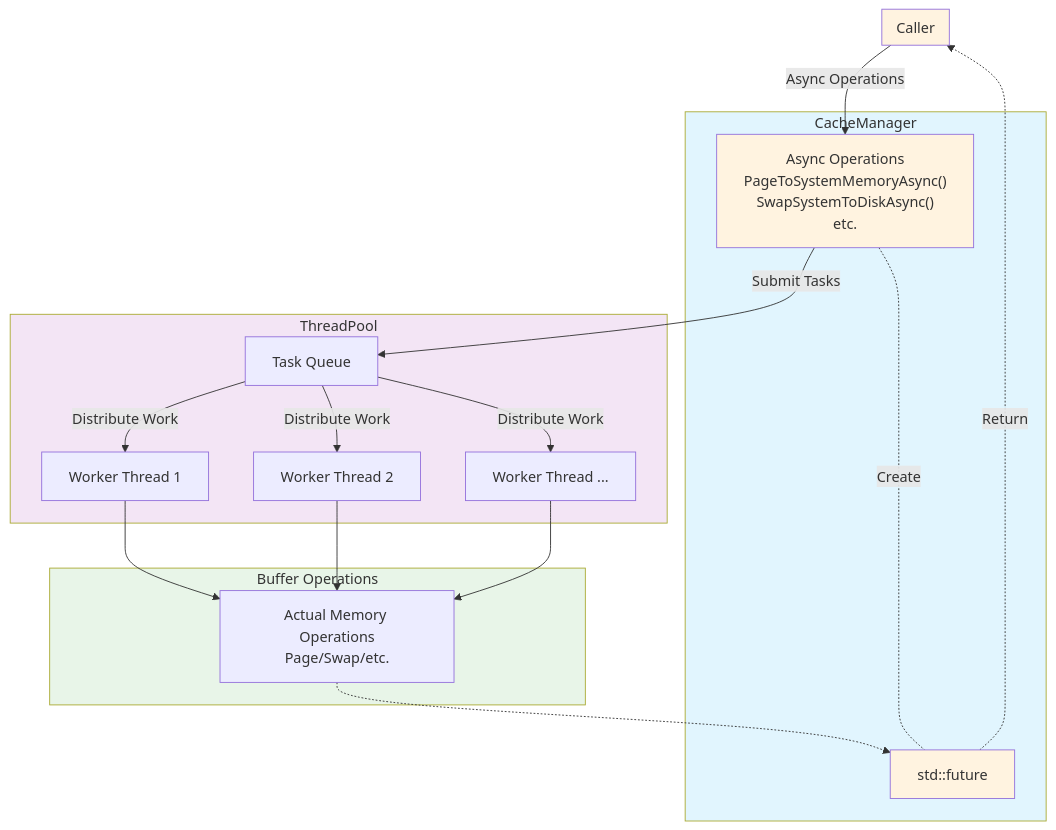
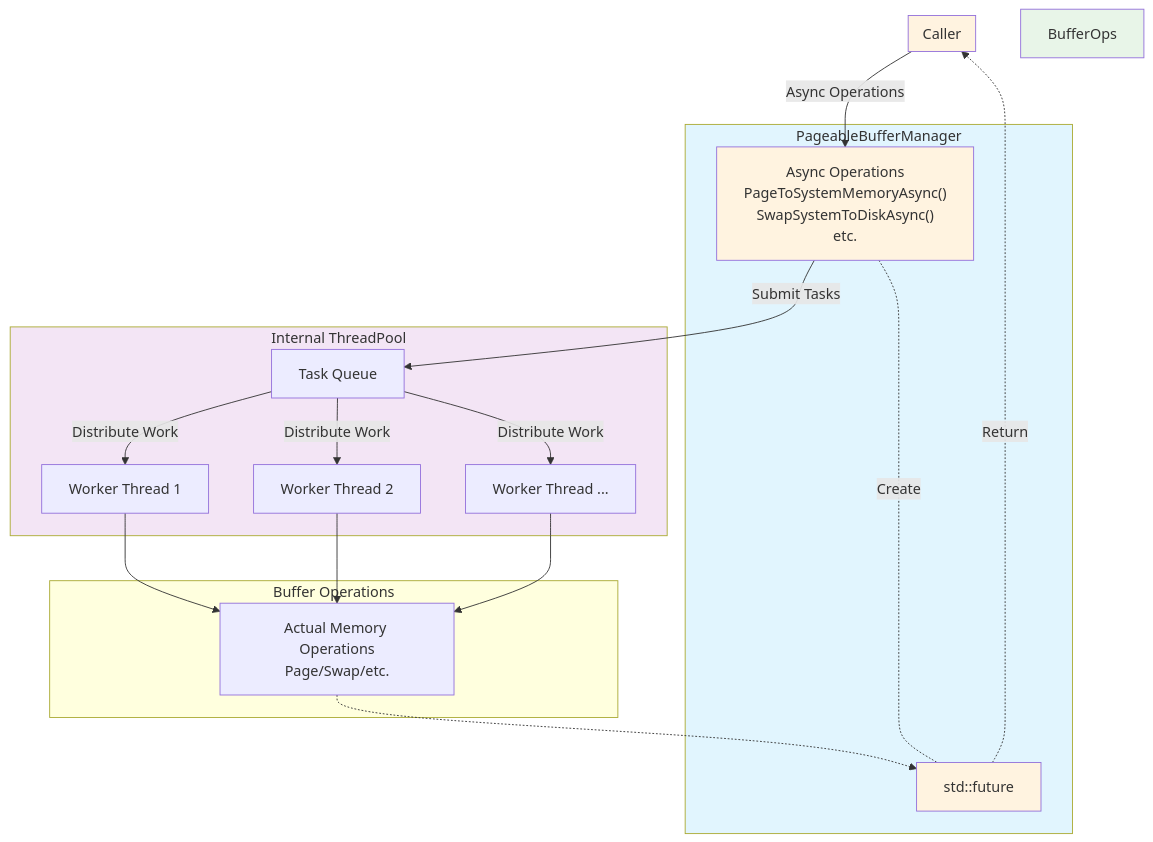
The fourth of 4 diagrams in source/pageableBuffer/README.md (Autodesk/hydra-viewport-toolbox), drawn with Mermaid before and after one commit. The commit also changed other lines of this file, not shown here.

````diff
--- a/source/pageableBuffer/README.md
+++ b/source/pageableBuffer/README.md
@@ -289,41 +316,41 @@
 ```mermaid
 graph TD
     subgraph Caller ["Caller"]
     end
-    subgraph CacheManager ["CacheManager"]
+    subgraph BufferManager ["PageableBufferManager"]
         AsyncOps["Async Operations<br/>PageToSystemMemoryAsync()<br/>SwapSystemToDiskAsync()<br/>etc."]
         ReturnObj["std::future"]
     end
     
-    subgraph ThreadPool ["ThreadPool"]
+    subgraph ThreadPool ["Internal ThreadPool"]
         Queue["Task Queue"]
         Worker1["Worker Thread 1"]
         Worker2["Worker Thread 2"] 
         Worker3["Worker Thread ..."]
     end
     
-    subgraph BufferOps ["Buffer Operations"]
+    subgraph Operations ["Buffer Operations"]
         BufferWork["Actual Memory Operations<br/>Page/Swap/etc."]
     end
     
     AsyncOps -->|"Submit Tasks"| Queue
     Queue -->|"Distribute Work"| Worker1
     Queue -->|"Distribute Work"| Worker2
     Queue -->|"Distribute Work"| Worker3
     
     Worker1 --> BufferWork
     Worker2 --> BufferWork
     Worker3 --> BufferWork
     
     Caller -->|"Async Operations"| AsyncOps
     AsyncOps -.-|"Create"| ReturnObj
     ReturnObj -.->|"Return"| Caller
     BufferWork -.-> ReturnObj
     
-    style CacheManager fill:#e1f5fe
+    style BufferManager fill:#e1f5fe
     style ThreadPool fill:#f3e5f5
     style BufferOps fill:#e8f5e8
 
     classDef shared fill:#fff3e0
     class AsyncOps,Caller,ReturnObj shared
 ```
````
